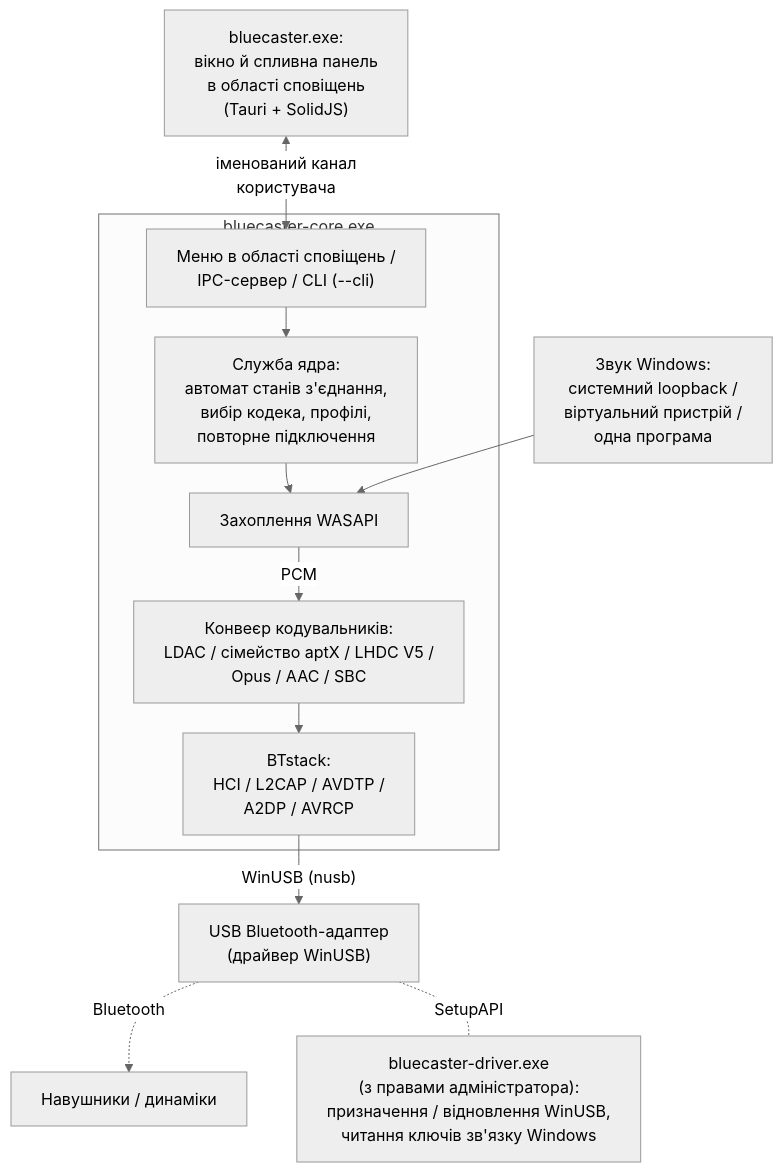
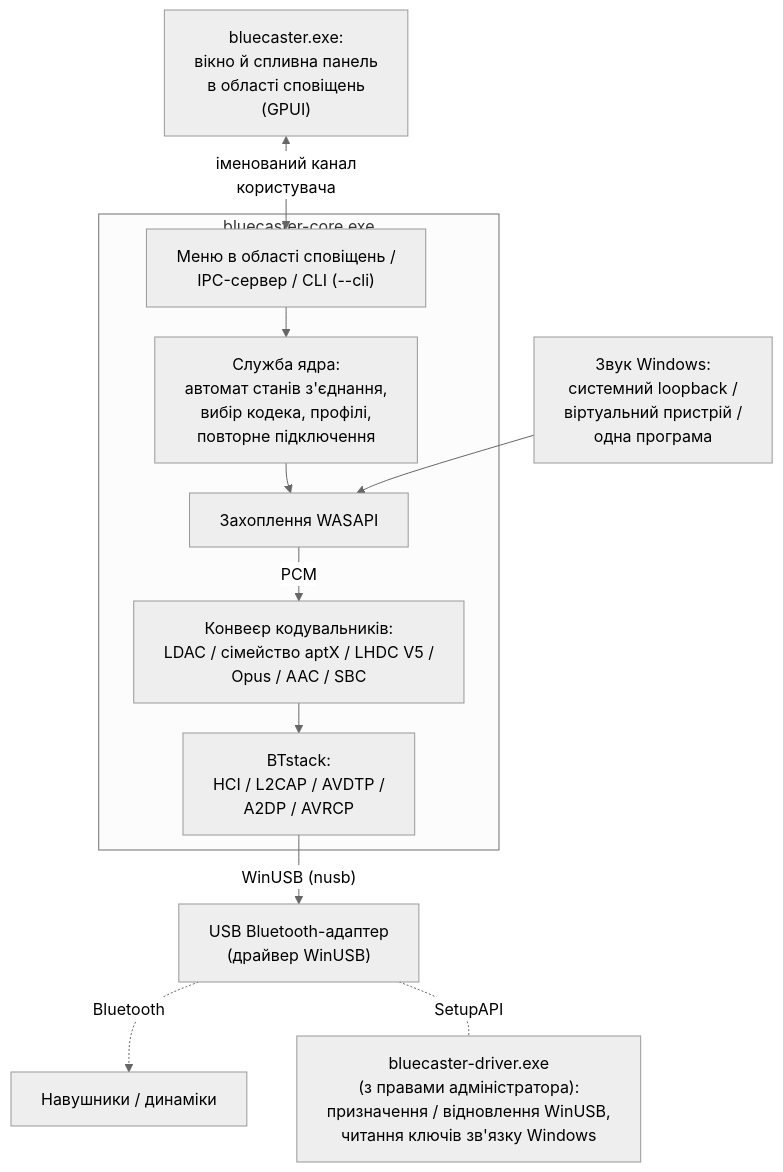
Before and after one commit to RxMaxx/A2DP-Windows-Bridge: the first of 5 diagrams in docs/uk/architecture.md, drawn with Mermaid (neutral theme). The commit also changed other lines of this file and 517 other files, not shown here.

First line of the commit message:
Replace the Tauri window with the GPUI one

````diff
--- a/docs/uk/architecture.md
+++ b/docs/uk/architecture.md
@@ -43,22 +43,22 @@
 ```mermaid
 ---
 config:
   flowchart:
     wrappingWidth: 480
     rankSpacing: 30
 ---
 flowchart TB
-    ui["bluecaster.exe:<br>вікно й спливна панель<br>в області сповіщень<br>(Tauri + SolidJS)"]
+    ui["bluecaster.exe:<br>вікно й спливна панель<br>в області сповіщень<br>(GPUI)"]
     src["Звук Windows:<br>системний loopback /<br>віртуальний пристрій /<br>одна програма"]
     subgraph core["bluecaster-core.exe"]
         ctl["Меню в області сповіщень /<br>IPC-сервер / CLI (--cli)"] --> svc["Служба ядра:<br>автомат станів з'єднання,<br>вибір кодека, профілі,<br>повторне підключення"]
         svc --> cap["Захоплення WASAPI"]
         cap -- PCM --> enc["Конвеєр кодувальників:<br>LDAC / сімейство aptX / LHDC V5 /<br>Opus / AAC / SBC"]
         enc --> bt["BTstack:<br>HCI / L2CAP / AVDTP /<br>A2DP / AVRCP"]
     end
     ui <-->|"іменований канал<br>користувача"| ctl
     src --> cap
     bt -->|"WinUSB (nusb)"| usb["USB Bluetooth-адаптер<br>(драйвер WinUSB)"]
     usb -. Bluetooth .-> hp["Навушники / динаміки"]
     usb -.-|SetupAPI| drv["bluecaster-driver.exe<br>(з правами адміністратора):<br>призначення / відновлення WinUSB,<br>читання ключів зв'язку Windows"]
 ```
````
